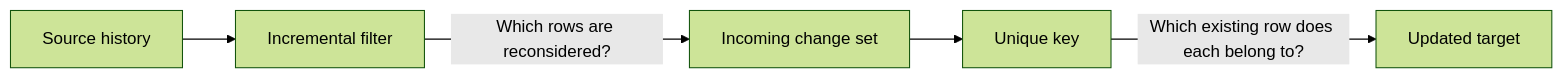
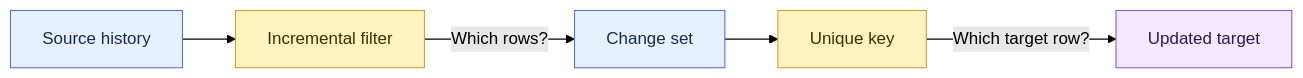
One commit to shonningsoy/Upskill changed the second of 2 diagrams in 02 dbt/04 Incremental Processing and Performance/31 Incremental Models and Unique Keys.md. Above: the diagram before and after it, drawn with Mermaid (forest theme). The commit also changed other lines of this file and 31 other files, not shown here.

````diff
--- a/02 dbt/04 Incremental Processing and Performance/31 Incremental Models and Unique Keys.md
+++ b/02 dbt/04 Incremental Processing and Performance/31 Incremental Models and Unique Keys.md
@@ -95,7 +106,16 @@
 ```mermaid
 flowchart LR
     A[Source history] --> B[Incremental filter]
-    B -->|Which rows are reconsidered?| C[Incoming change set]
+    B -->|Which rows?| C[Change set]
     C --> D[Unique key]
-    D -->|Which existing row does each belong to?| E[Updated target]
+    D -->|Which target row?| E[Updated target]
+
+    classDef input fill:#E8F0FE,stroke:#4C6EF5,color:#172B4D
+    classDef control fill:#FFF3BF,stroke:#D69E2E,color:#3D2E00
+    classDef dbt fill:#E6FCF5,stroke:#2F9E7B,color:#123C34
+    classDef platform fill:#F1F3F5,stroke:#868E96,color:#212529
+    classDef output fill:#F3E8FF,stroke:#805AD5,color:#2D1B4E
+    class A,C input
+    class B,D control
+    class E output
 ```
````
